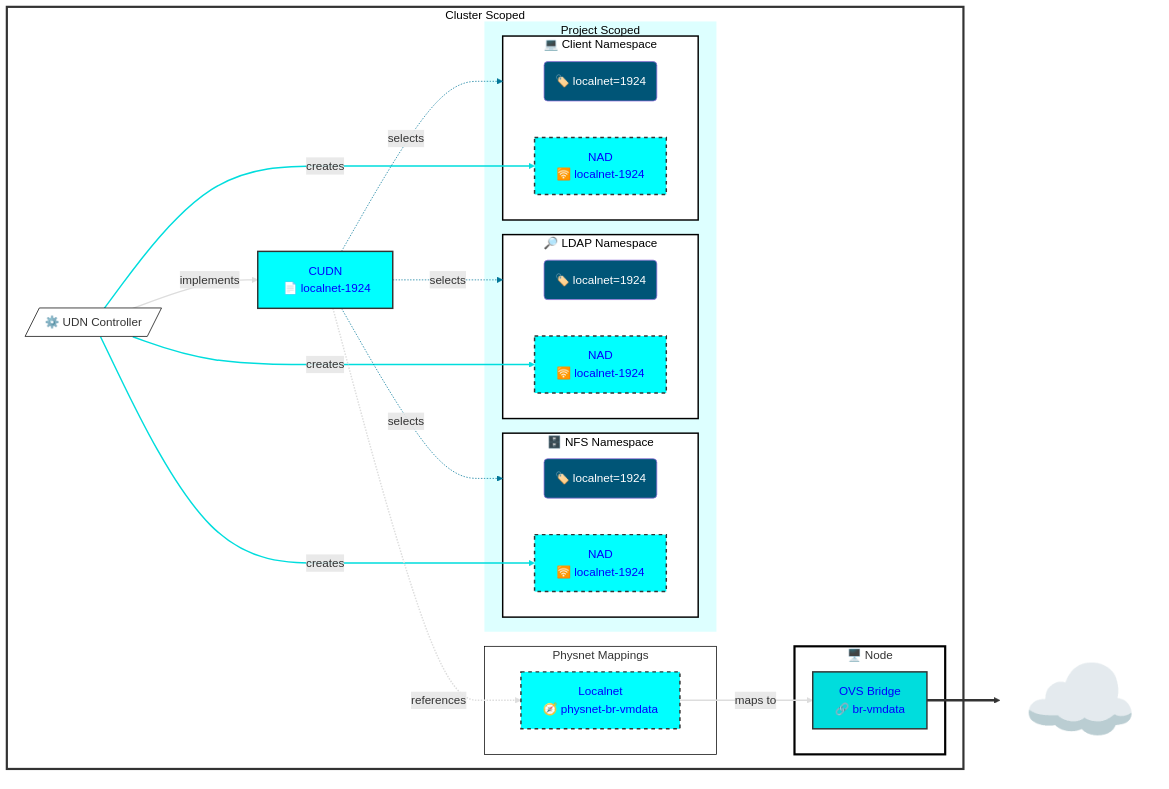
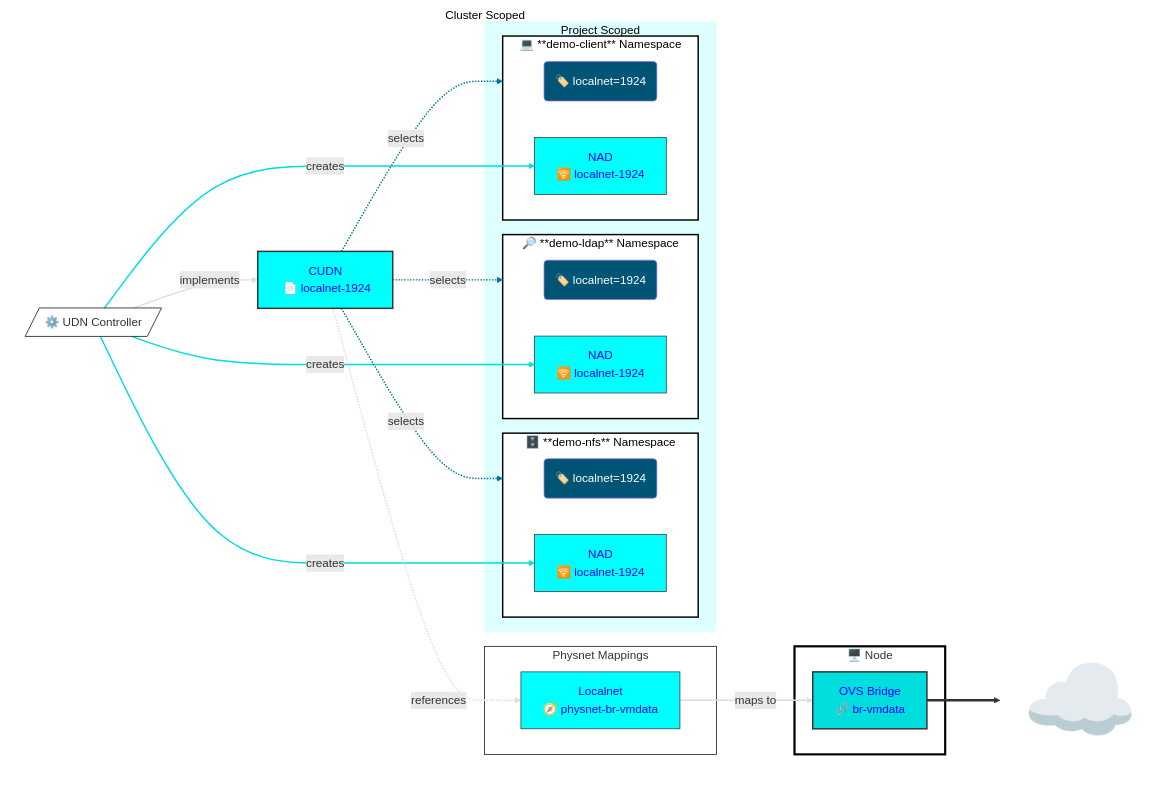
Before and after one commit to dlbewley/demo-autofs: the first of 2 diagrams in networking/readme.md, drawn with Mermaid. The commit also changed other lines of this file, not shown here.

Commit message:
rem border

````diff
--- a/networking/readme.md
+++ b/networking/readme.md
@@ -26,77 +26,79 @@
 ```mermaid
 graph LR;
     subgraph Cluster["Cluster Scoped"]
       udn-localnet-1924["CUDN<br>️ 📄 localnet-1924"]:::udn-localnet-1924
       udn-controller[/"⚙️ UDN Controller"/]
 
       subgraph Localnets["Physnet Mappings"]
         physnet[Localnet<br> 🧭 physnet-br-vmdata]:::nad-1924;
       end
 
       subgraph Project["Project Scoped"]
-        subgraph ns-nfs["🗄️ NFS Namespace"]
+        subgraph ns-nfs["🗄️ **demo-nfs** Namespace"]
           label-nfs("🏷️ localnet=1924"):::labels;
-          nad-1924-nfs[NAD<br> 🛜 localnet-1924]:::nad-1924;
+          nad-1924-nfs[NAD<br> 🛜 localnet-1924];
         end
 
-        subgraph ns-ldap["🔎 LDAP Namespace"]
+        subgraph ns-ldap["🔎 **demo-ldap** Namespace"]
           label-ldap("🏷️ localnet=1924"):::labels;
           nad-1924-ldap[NAD<br> 🛜 localnet-1924]:::nad-1924;
         end
 
-        subgraph ns-client["💻 Client Namespace"]
+        subgraph ns-client["💻 **demo-client** Namespace"]
           label-client("🏷️ localnet=1924"):::labels;
           nad-1924-client[NAD<br> 🛜 localnet-1924]:::nad-1924;
         end
       end
       subgraph node1["🖥️ Node "]
         br-vmdata[ OVS Bridge<br> 🔗 br-vmdata]:::vlan-1924;
       end
     end
 
 
     udn-localnet-1924 -. selects .-> ns-client
     udn-localnet-1924 -. selects .-> ns-ldap
     udn-localnet-1924 -. selects .-> ns-nfs
 
 
-    linkStyle 0,1,2 stroke:#007799
+    linkStyle 0,1,2 stroke:#007799,stroke-width:2px;
 
     udn-controller --creates--> nad-1924-nfs
     udn-controller --creates--> nad-1924-ldap
     udn-controller --creates--> nad-1924-client
 
     linkStyle 3,4,5 stroke:#00dddd,stroke-width:2px;
 
     udn-controller == implements ==> udn-localnet-1924
 
 
     udn-localnet-1924 -. references .-> physnet
     physnet -- maps to --> br-vmdata
 
     linkStyle 6,7,8 stroke:#ddd,stroke-width:2px;
 
     Internet["☁️ "]:::Internet
     br-vmdata ==> Internet
 
     classDef node-eth fill:#00dddd,color:#00f,stroke:#333,stroke-width:2px;
 
     classDef vlan-1924 fill:#00dddd,color:#00f,stroke:#333,stroke-width:2px;
-    classDef nad-1924 fill:#00ffff,color:#00f,stroke:#333,stroke-width:2px,stroke-dasharray: 5 5;
     classDef udn-localnet-1924 fill:#00ffff,color:#00f,stroke:#333,stroke-width:2px;
 
     classDef labels stroke-width:1px,color:#fff,fill:#005577;
     classDef networks fill:#cdd,stroke-width:0px;
 
     style udn-controller fill:#fff,stroke:#000,stroke-width:1px;
     style node1 fill:#fff,stroke:#000,stroke-width:3px;
     style Localnets fill:#fff,stroke:#000,stroke-width:1px;
-    style Cluster color:#000,fill:#fff,stroke:#333,stroke-width:3px;
+    style Cluster color:#000,fill:#fff,stroke:#333,stroke-width:0px;
     style Project color:#000,fill:#dff,stroke:#333,stroke-width:0px
     style Internet fill:none,stroke-width:0px,font-size:+2em;
 
     classDef nodes stroke-width:3px;
     class node1,node2,node3 nodes;
     classDef namespace color:#000,fill:#fff,stroke:#000,stroke-width:2px;
     class ns-nfs,ns-client,ns-ldap namespace;
+
+    classDef nad-1924 fill:#00ffff,color:#00f,stroke:#333,stroke-width:1px;
+    class nad-1924-client,nad-1924-ldap,nad-1924-nfs nad-1924;
 ```
````
